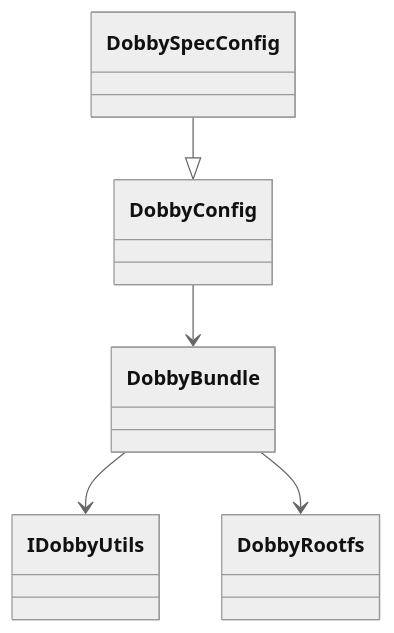
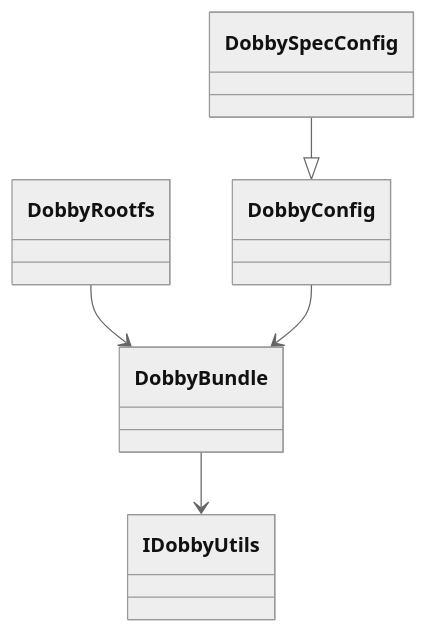
Before and after one commit to rdkcentral/Dobby: the second of 4 diagrams in bundle/README.md, drawn with Mermaid (neutral theme).

Commit message:
Potential fix for pull request finding 'Reverse DobbyRootfs and DobbyBundle dependency direction'

````diff
--- a/bundle/README.md
+++ b/bundle/README.md
@@ -86,12 +86,12 @@
 ```mermaid
 classDiagram
     class DobbyConfig
     class DobbySpecConfig
     class DobbyBundle
     class DobbyRootfs
     class IDobbyUtils
     DobbySpecConfig --|> DobbyConfig
     DobbyBundle --> IDobbyUtils
-    DobbyBundle --> DobbyRootfs
+    DobbyRootfs --> DobbyBundle
     DobbyConfig --> DobbyBundle
 ```
````
